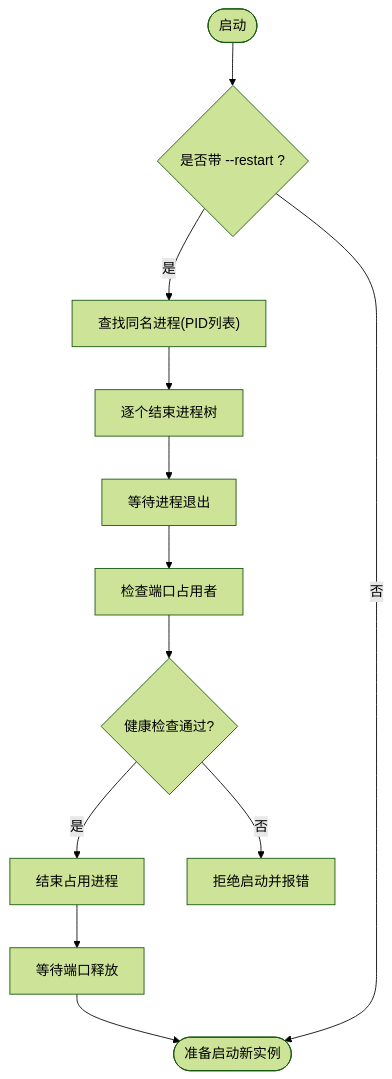
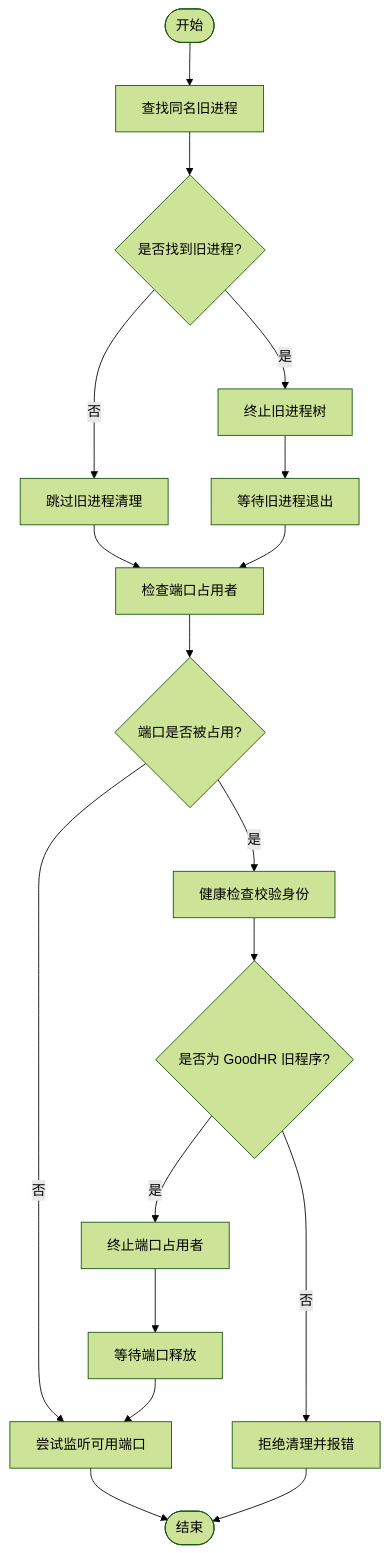
The third of 8 diagrams in .qoder/repowiki/zh/content/本地执行器/核心架构/进程控制.md (alvinwangzi/goodhr), drawn with Mermaid (forest theme) before and after one commit. The commit also changed other lines of this file and 149 other files, not shown here.

````diff
--- a/.qoder/repowiki/zh/content/本地执行器/核心架构/进程控制.md
+++ b/.qoder/repowiki/zh/content/本地执行器/核心架构/进程控制.md
@@ -136,14 +133,20 @@
 ```mermaid
 flowchart TD
-Start(["启动"]) --> CheckRestart{"是否带 --restart ?"}
-CheckRestart --> |是| FindOld["查找同名进程(PID列表)"]
-FindOld --> TerminateOld["逐个结束进程树"]
-TerminateOld --> WaitExit["等待进程退出"]
-WaitExit --> PortCheck["检查端口占用者"]
-PortCheck --> VerifyHealth{"健康检查通过?"}
-VerifyHealth --> |是| KillOwner["结束占用进程"]
-KillOwner --> ReleasePort["等待端口释放"]
-ReleasePort --> Ready(["准备启动新实例"])
-VerifyHealth --> |否| BlockStart["拒绝启动并报错"]
-CheckRestart --> |否| Ready
+Start(["开始"]) --> CheckOld["查找同名旧进程"]
+CheckOld --> Found{"是否找到旧进程?"}
+Found --> |是| TerminateOld["终止旧进程树"]
+Found --> |否| SkipOld["跳过旧进程清理"]
+TerminateOld --> WaitOld["等待旧进程退出"]
+SkipOld --> CheckPort["检查端口占用者"]
+WaitOld --> CheckPort
+CheckPort --> PortOccupied{"端口是否被占用?"}
+PortOccupied --> |否| ListenPort["尝试监听可用端口"]
+PortOccupied --> |是| VerifyHealth["健康检查校验身份"]
+VerifyHealth --> IsGoodHR{"是否为 GoodHR 旧程序?"}
+IsGoodHR --> |是| TerminateOwner["终止端口占用者"]
+IsGoodHR --> |否| Abort["拒绝清理并报错"]
+TerminateOwner --> WaitPort["等待端口释放"]
+WaitPort --> ListenPort
+ListenPort --> End(["结束"])
+Abort --> End
 ```
````
